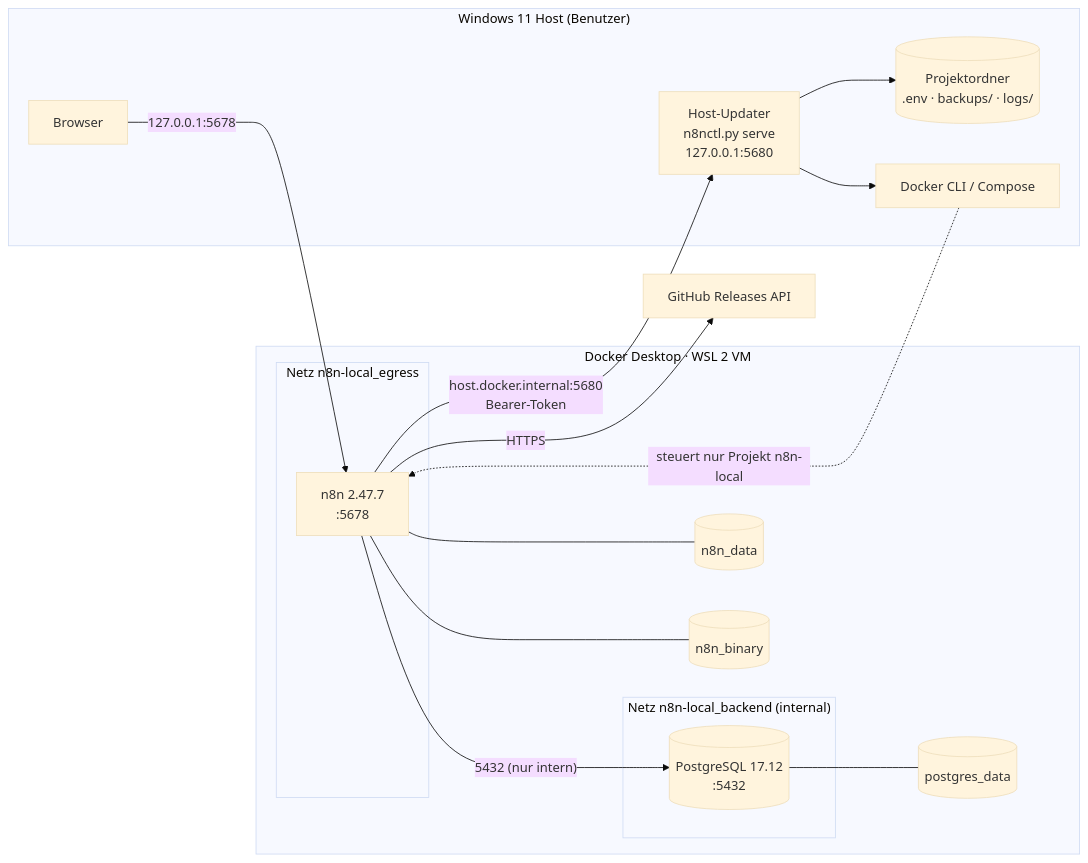
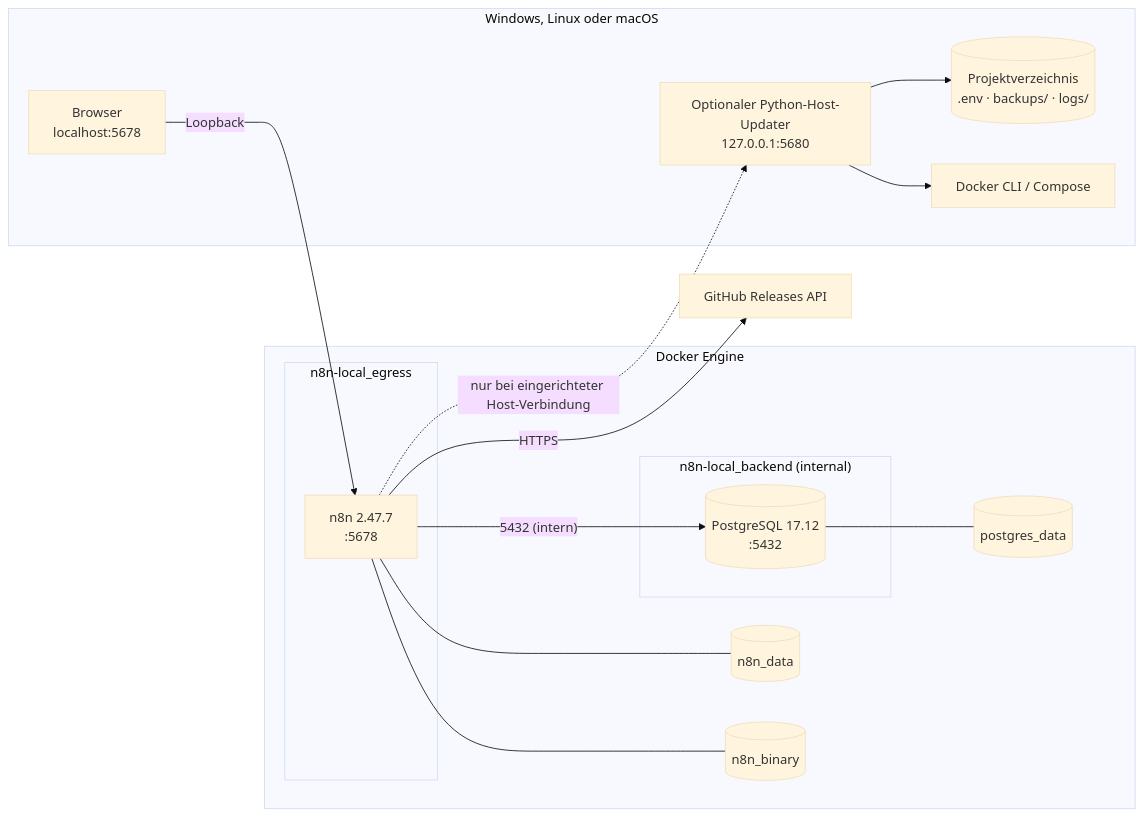
The first of 3 diagrams in docs/architecture.md (TEMKENG/n8n-local), drawn with Mermaid (base theme) before and after one commit. The commit also changed other lines of this file and 14 other files, not shown here.

````diff
--- a/docs/architecture.md
+++ b/docs/architecture.md
@@ -19,32 +13,31 @@
 ```mermaid
 %% svg: system-overview
 flowchart LR
-  subgraph Host["Windows 11 Host (Benutzer)"]
-    B["Browser"]
-    U["Host-Updater<br/>n8nctl.py serve<br/>127.0.0.1:5680"]
-    F[("Projektordner<br/>.env · backups/ · logs/")]
+  subgraph Host["Windows, Linux oder macOS"]
+    B["Browser<br/>localhost:5678"]
+    U["Optionaler Python-Host-Updater<br/>127.0.0.1:5680"]
+    F[("Projektverzeichnis<br/>.env · backups/ · logs/")]
     DC["Docker CLI / Compose"]
   end
-  subgraph Docker["Docker Desktop · WSL 2 VM"]
-    subgraph egress["Netz n8n-local_egress"]
+  subgraph Docker["Docker Engine"]
+    subgraph egress["n8n-local_egress"]
       N["n8n 2.47.7<br/>:5678"]
     end
-    subgraph backend["Netz n8n-local_backend (internal)"]
+    subgraph backend["n8n-local_backend (internal)"]
       P[("PostgreSQL 17.12<br/>:5432")]
     end
     V1[("n8n_data")]
     V2[("n8n_binary")]
     V3[("postgres_data")]
   end
   GH["GitHub Releases API"]
-  B -- "127.0.0.1:5678" --> N
-  N -- "5432 (nur intern)" --> P
+  B -- "Loopback" --> N
+  N -- "5432 (intern)" --> P
   N -- "HTTPS" --> GH
-  N -- "host.docker.internal:5680<br/>Bearer-Token" --> U
+  N -. "nur bei eingerichteter Host-Verbindung" .-> U
   U --> DC
   U --> F
-  DC -. "steuert nur Projekt n8n-local" .-> N
   N --- V1
   N --- V2
   P --- V3
 ```
````
